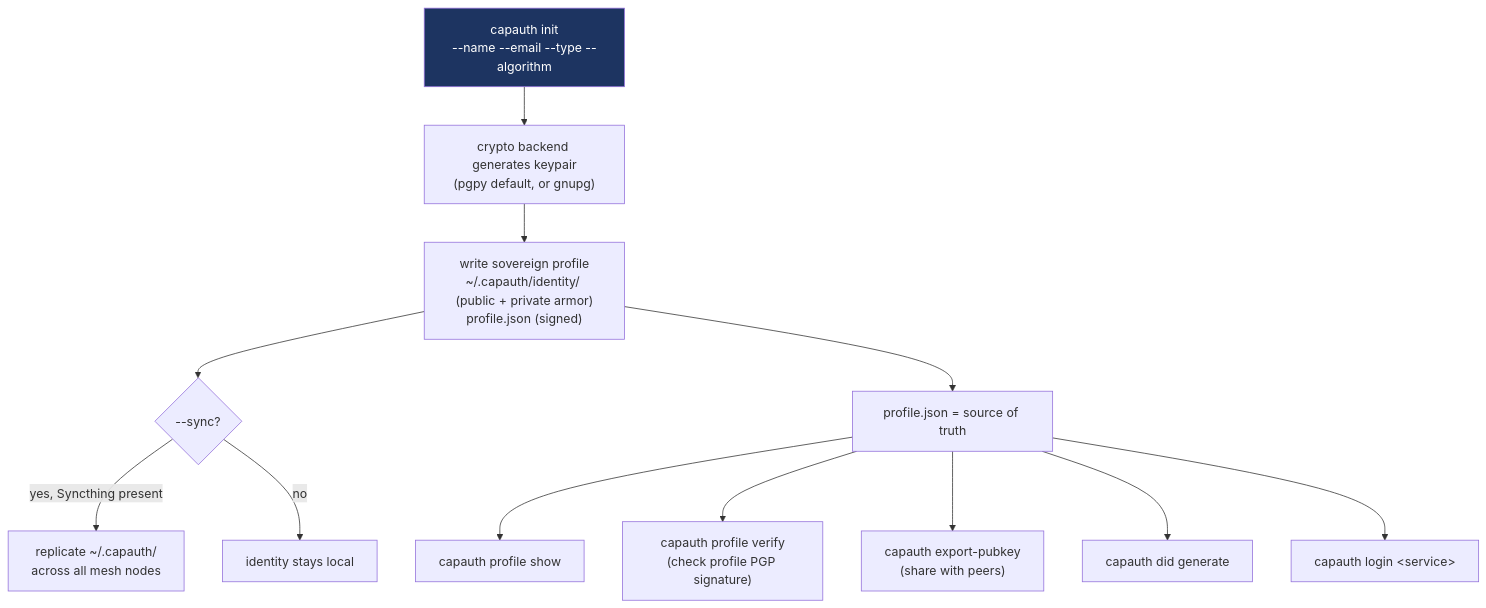
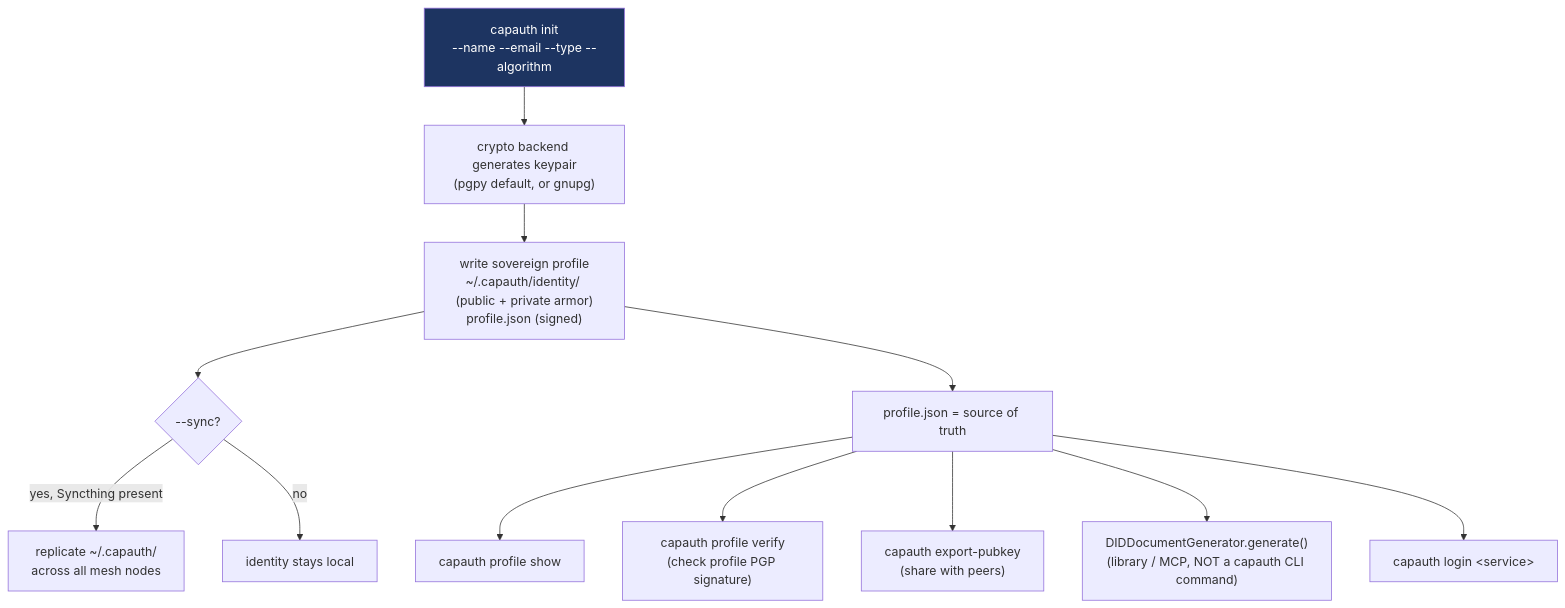
The second of 9 diagrams in docs/ARCHITECTURE.md (jarvis1openclaw/capauth), drawn with Mermaid before and after one commit. The commit also changed 4 other files, not shown here.

````diff
--- a/docs/ARCHITECTURE.md
+++ b/docs/ARCHITECTURE.md
@@ -43,16 +43,16 @@
 ```mermaid
 flowchart TD
     INIT["capauth init<br/>--name --email --type --algorithm"] --> GEN["crypto backend generates keypair<br/>(pgpy default, or gnupg)"]
     GEN --> WRITE["write sovereign profile<br/>~/.capauth/identity/ (public + private armor)<br/>profile.json (signed)"]
     WRITE --> SYNC{"--sync?"}
     SYNC -->|yes, Syncthing present| REPL["replicate ~/.capauth/<br/>across all mesh nodes"]
     SYNC -->|no| LOCAL["identity stays local"]
     WRITE --> USE["profile.json = source of truth"]
     USE --> SHOW["capauth profile show"]
     USE --> VER["capauth profile verify<br/>(check profile PGP signature)"]
     USE --> EXP["capauth export-pubkey<br/>(share with peers)"]
-    USE --> DID["capauth did generate"]
+    USE --> DID["DIDDocumentGenerator.generate()<br/>(library / MCP, NOT a capauth CLI command)"]
     USE --> LOGIN["capauth login &lt;service&gt;"]
 
     style INIT fill:#1d3461,color:#fff
 ```
````
